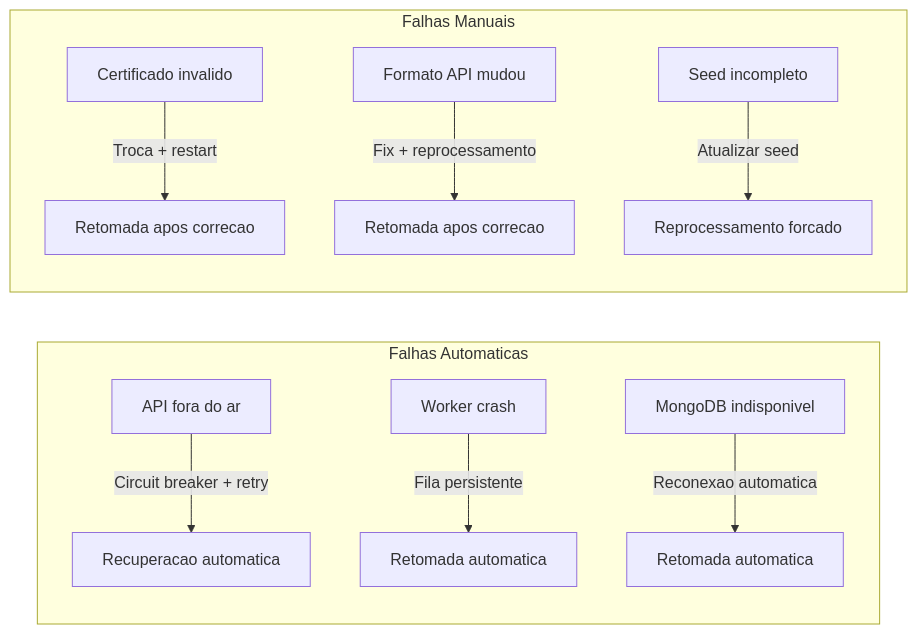
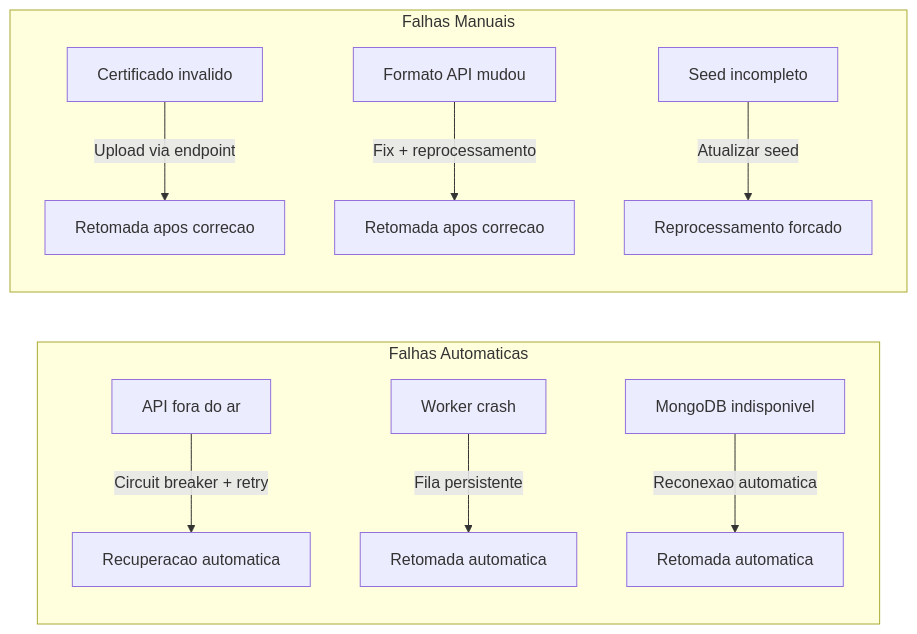
One commit to john182/poc-open-spec changed the eighth of 8 diagrams in openspec/changes/full-stack-aliquotas-municipais/docs/worker-strategy.md. Above: the diagram before and after it, drawn with Mermaid. The commit also changed other lines of this file and 226 other files, not shown here.

````diff
--- a/openspec/changes/full-stack-aliquotas-municipais/docs/worker-strategy.md
+++ b/openspec/changes/full-stack-aliquotas-municipais/docs/worker-strategy.md
@@ -875,14 +899,14 @@
 ```mermaid
 flowchart LR
     subgraph Falhas Automaticas
         A[API fora do ar] -->|Circuit breaker + retry| R1[Recuperacao automatica]
         B[Worker crash] -->|Fila persistente| R2[Retomada automatica]
         C[MongoDB indisponivel] -->|Reconexao automatica| R3[Retomada automatica]
     end
 
     subgraph Falhas Manuais
-        D[Certificado invalido] -->|Troca + restart| R4[Retomada apos correcao]
+        D[Certificado invalido] -->|Upload via endpoint| R4[Retomada apos correcao]
         E[Formato API mudou] -->|Fix + reprocessamento| R5[Retomada apos correcao]
         F[Seed incompleto] -->|Atualizar seed| R6[Reprocessamento forcado]
     end
 ```
````
